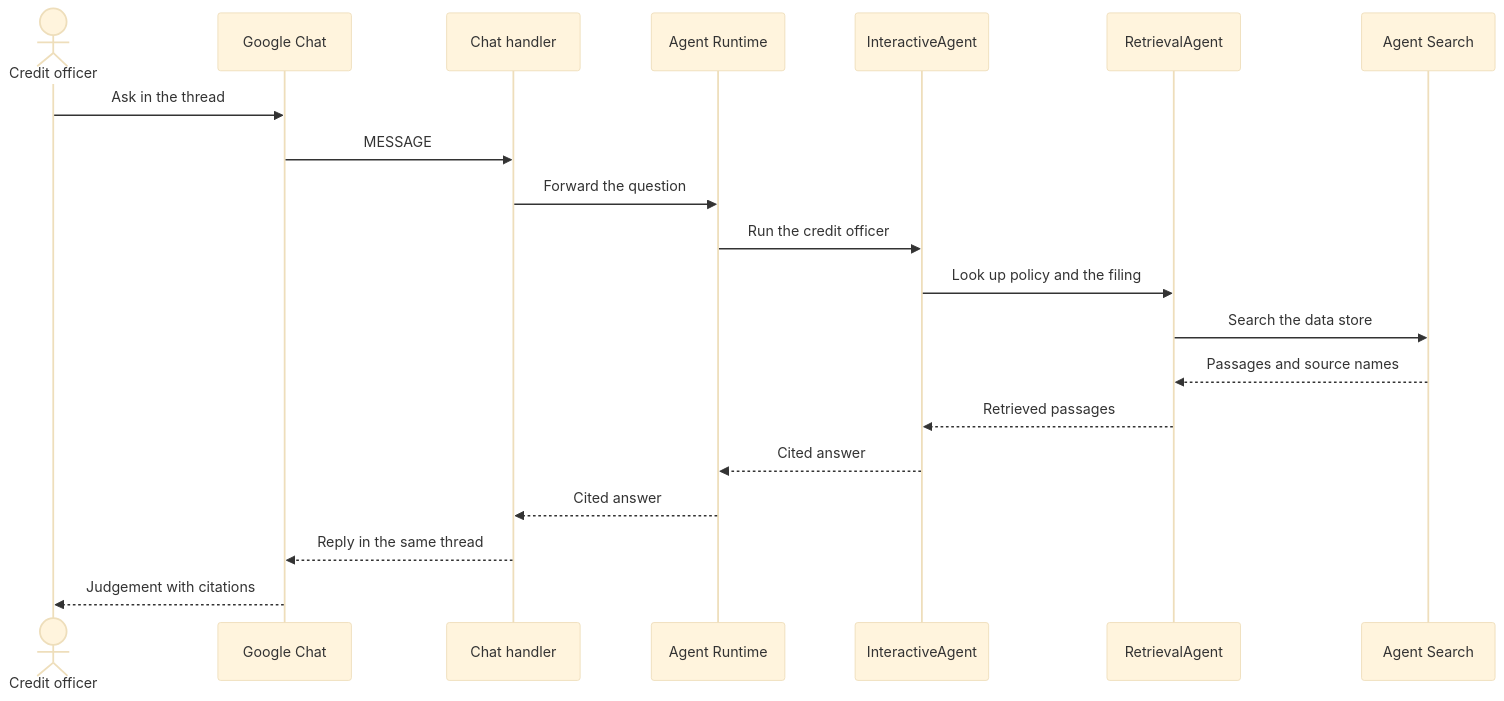
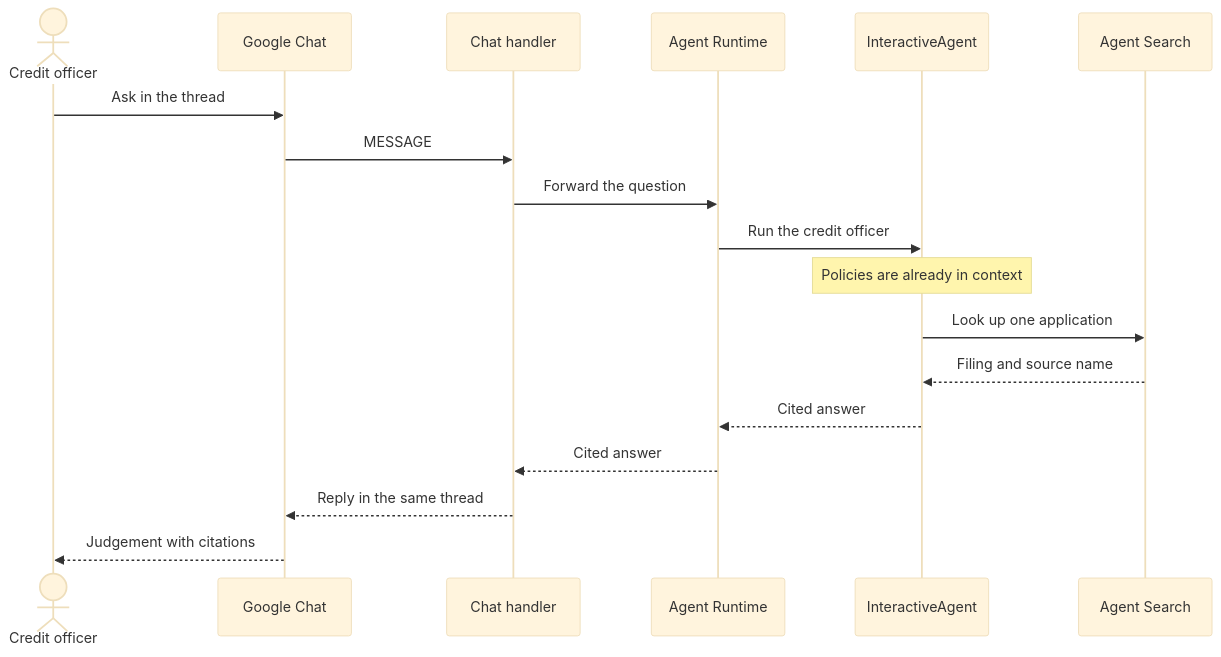
The first of 3 diagrams in README.md (kborovik/google-gemini-platform), drawn with Mermaid (base theme) before and after one commit. The commit also changed other lines of this file and 13 other files, not shown here.

First line of the commit message:
Fold static policy pack and one application lookup (#1)

````diff
--- a/README.md
+++ b/README.md
@@ -19,22 +19,20 @@
 ```mermaid
 sequenceDiagram
   actor Officer as Credit officer
   participant Chat as Google Chat
   participant Handler as Chat handler
   participant Runtime as Agent Runtime
   participant Agent as InteractiveAgent
-  participant Search as RetrievalAgent
   participant Store as Agent Search
   Officer->>Chat: Ask in the thread
   Chat->>Handler: MESSAGE
   Handler->>Runtime: Forward the question
   Runtime->>Agent: Run the credit officer
-  Agent->>Search: Look up policy and the filing
-  Search->>Store: Search the data store
-  Store-->>Search: Passages and source names
-  Search-->>Agent: Retrieved passages
+  Note over Agent: Policies are already in context
+  Agent->>Store: Look up one application
+  Store-->>Agent: Filing and source name
   Agent-->>Runtime: Cited answer
   Runtime-->>Handler: Cited answer
   Handler-->>Chat: Reply in the same thread
   Chat-->>Officer: Judgement with citations
 ```
````
